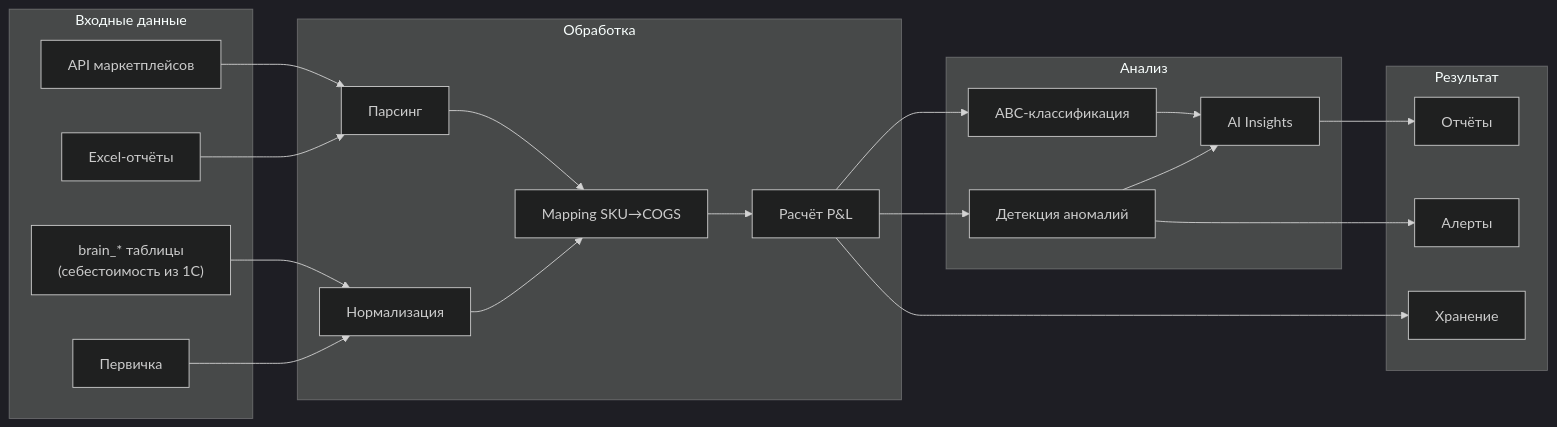
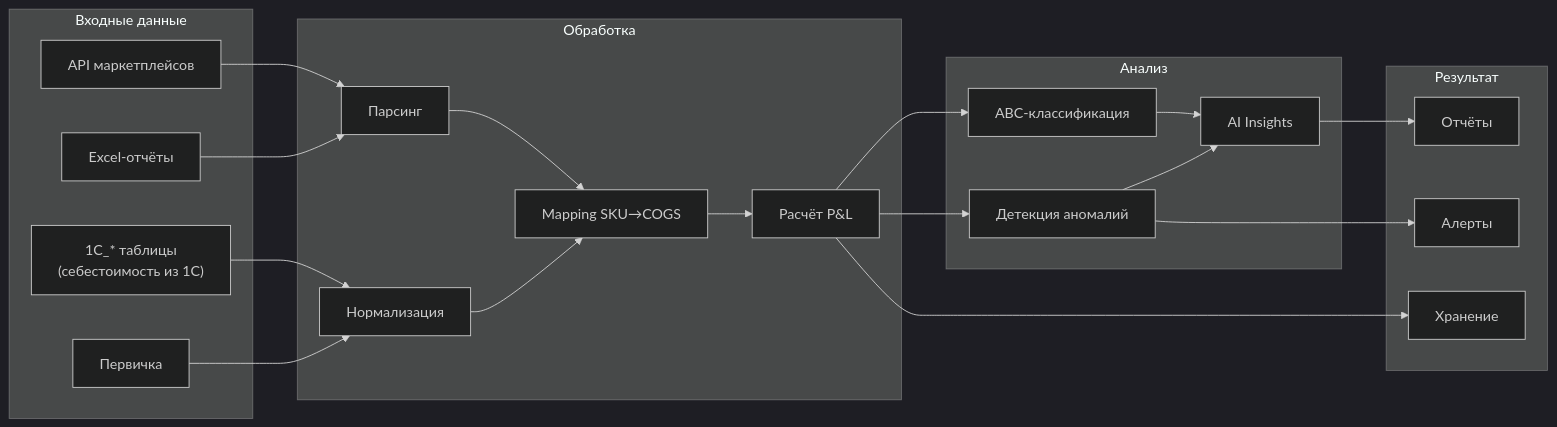
One commit to Sign25/Docs changed the second of 7 diagrams in cfo/adolf_cfo_1_architecture.md. Above: the diagram before and after it, drawn with Mermaid (dark theme). The commit also changed other lines of this file, not shown here.

Commit message:
refactor(cfo): rename brain_* -> 1C_*, update A1 links to 1cexport

````diff
--- a/cfo/adolf_cfo_1_architecture.md
+++ b/cfo/adolf_cfo_1_architecture.md
@@ -166,46 +166,46 @@
 ```mermaid
 flowchart LR
     subgraph INPUT["Входные данные"]
         API_DATA["API маркетплейсов"]
         EXCEL_DATA["Excel-отчёты"]
-        COGS_DATA["brain_* таблицы<br/>(себестоимость из 1С)"]
+        COGS_DATA["1C_* таблицы<br/>(себестоимость из 1С)"]
         PRIMARY["Первичка"]
     end
 
     subgraph PROCESS["Обработка"]
         PARSE["Парсинг"]
         NORMALIZE["Нормализация"]
         MAP["Mapping SKU→COGS"]
         CALCULATE["Расчёт P&L"]
     end
 
     subgraph ANALYZE["Анализ"]
         ABC_CALC["ABC-классификация"]
         ANOMALY["Детекция аномалий"]
         AI_GEN["AI Insights"]
     end
 
     subgraph OUTPUT["Результат"]
         REPORTS["Отчёты"]
         ALERTS["Алерты"]
         STORAGE["Хранение"]
     end
 
     API_DATA --> PARSE
     EXCEL_DATA --> PARSE
     COGS_DATA --> NORMALIZE
     PRIMARY --> NORMALIZE
     
     PARSE --> MAP
     NORMALIZE --> MAP
     MAP --> CALCULATE
     
     CALCULATE --> ABC_CALC
     CALCULATE --> ANOMALY
     ABC_CALC --> AI_GEN
     ANOMALY --> AI_GEN
     
     AI_GEN --> REPORTS
     ANOMALY --> ALERTS
     CALCULATE --> STORAGE
 ```
````
